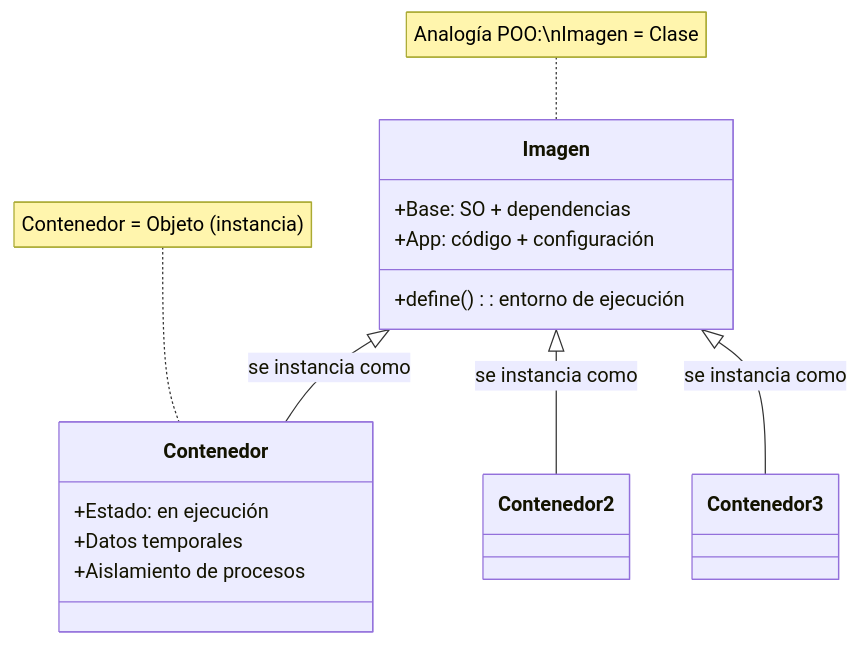
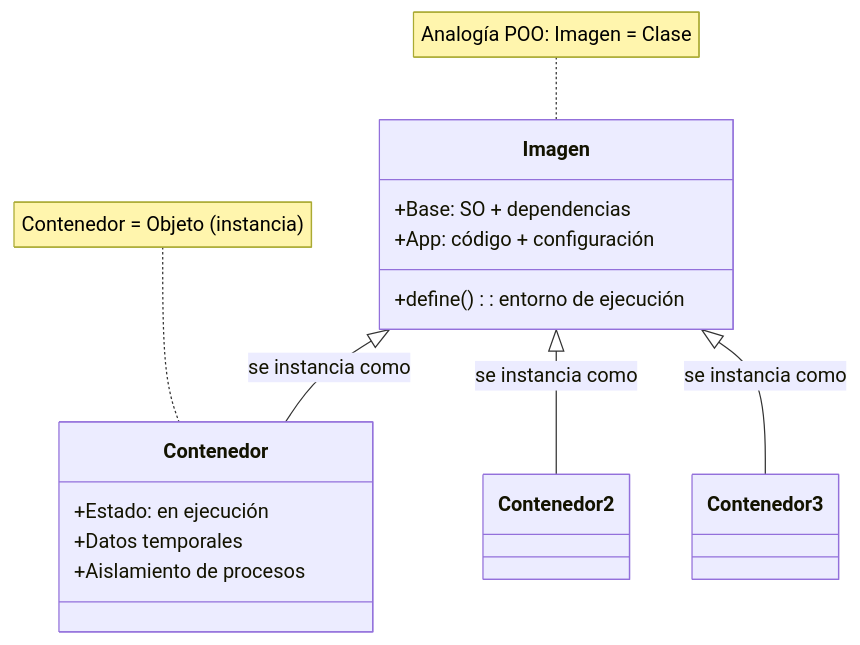
The sixth of 6 diagrams in Fase01/inicio/componentes/Docker.md (rugi/OTEL_Parte2), drawn with Mermaid before and after one commit.

````diff
--- a/Fase01/inicio/componentes/Docker.md
+++ b/Fase01/inicio/componentes/Docker.md
@@ -370,21 +370,21 @@
 ```mermaid
   classDiagram
     class Imagen {
         +Base: SO + dependencias
         +App: código + configuración
         +define() : entorno de ejecución
     }
 
     class Contenedor {
         +Estado: en ejecución
         +Datos temporales
         +Aislamiento de procesos
     }
 
     Imagen <|-- Contenedor : se instancia como
     Imagen <|-- Contenedor2 : se instancia como
     Imagen <|-- Contenedor3 : se instancia como
 
-    note for Imagen "Analogía POO:\nImagen = Clase"
+    note for Imagen "Analogía POO: Imagen = Clase"
     note for Contenedor "Contenedor = Objeto (instancia)"
 ```
````
